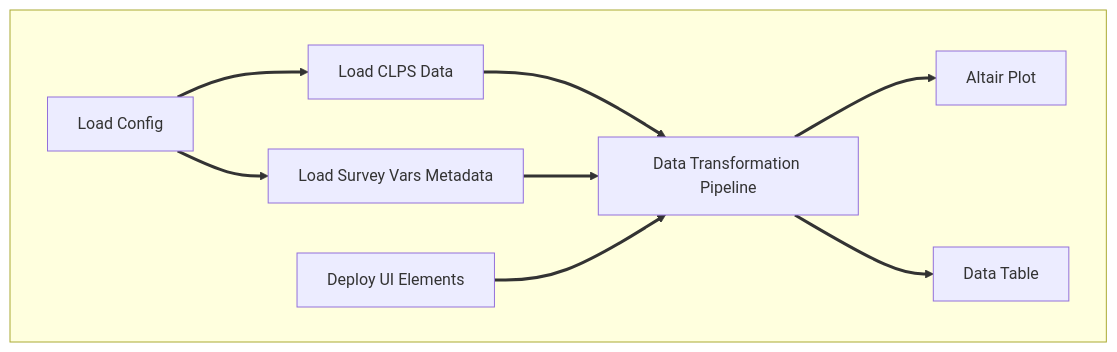
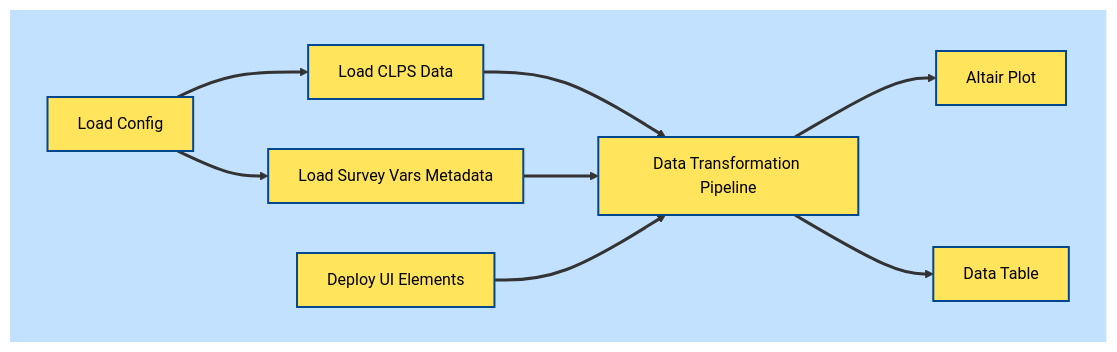
Before and after one commit to andrewKOwong/mixedconclusions: the first of 2 diagrams in content/blog/clps/index.md, drawn with Mermaid.

Commit message:
Update: colouring on app overview mermaid

````diff
--- a/content/blog/clps/index.md
+++ b/content/blog/clps/index.md
@@ -318,13 +318,19 @@
 ```mermaid
 graph TD
     classDef bg_box stroke:None, fill:#C2E1FF;
+    classDef empty fill:None, stroke:None;
+    classDef bg_box stroke:None, fill:#C2E1FF;
+    classDef nodes stroke:#00478F, stroke-width:2px, fill:#FFE45C, color:black;
     linkStyle default stroke-width:3px;
 
     subgraph bg [ ]
         A[Load Config] --> B[Load CLPS Data];
         A[Load Config] --> C[Load Survey Vars Metadata];
         D[Deploy UI Elements];
         B & C & D --> F[Data Transformation Pipeline];
         F --> G[Altair Plot] & H[Data Table];
     end
+
+class bg bg_box;
+class A,B,C,D,E,F,G,H nodes;
 ```
````
